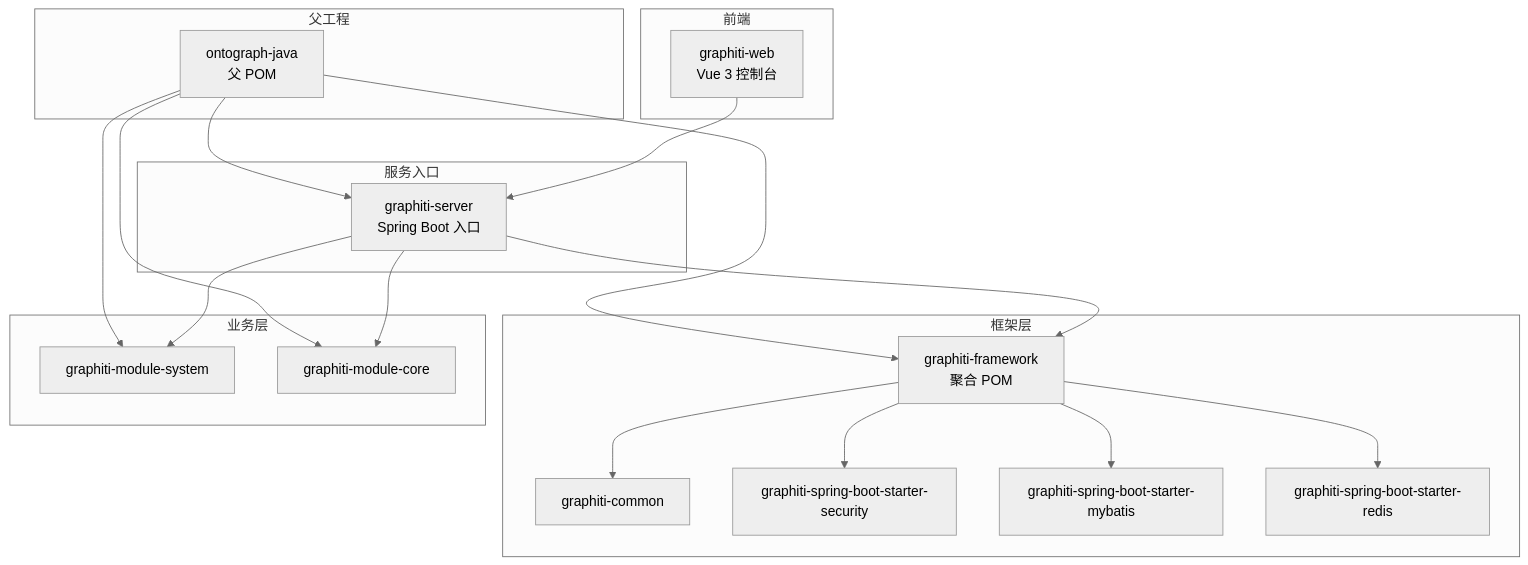
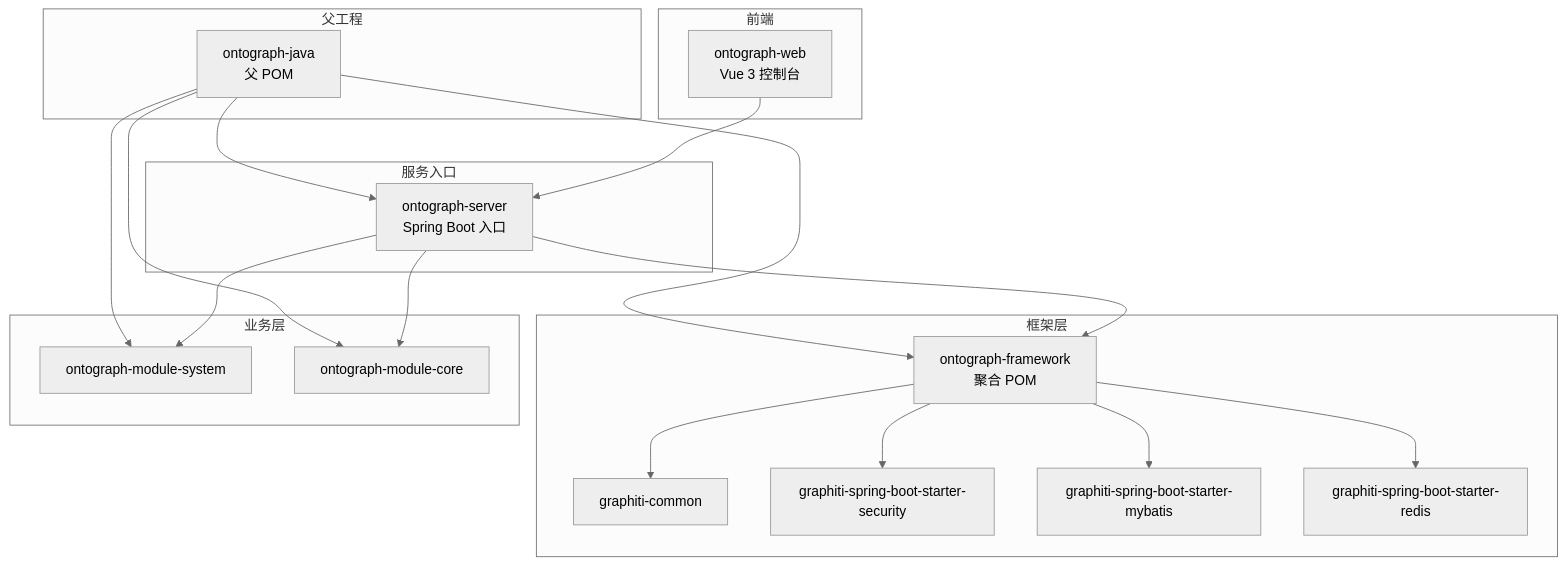
The first of 8 diagrams in docs/manual/架构设计/整体架构.md (joezxh/graphiti-java), drawn with Mermaid (neutral theme) before and after one commit. The commit also changed other lines of this file and 200 other files, not shown here.

````diff
--- a/docs/manual/架构设计/整体架构.md
+++ b/docs/manual/架构设计/整体架构.md
@@ -44,35 +44,35 @@
 ```mermaid
 graph TB
 subgraph "父工程"
 ROOT["ontograph-java<br/>父 POM"]
 end
 subgraph "框架层"
-FW["graphiti-framework<br/>聚合 POM"]
+FW["ontograph-framework<br/>聚合 POM"]
 COMMON["graphiti-common"]
 SEC["graphiti-spring-boot-starter-security"]
 MB["graphiti-spring-boot-starter-mybatis"]
 REDIS["graphiti-spring-boot-starter-redis"]
 end
 subgraph "业务层"
-SYS["graphiti-module-system"]
-CORE["graphiti-module-core"]
+SYS["ontograph-module-system"]
+CORE["ontograph-module-core"]
 end
 subgraph "服务入口"
-SERVER["graphiti-server<br/>Spring Boot 入口"]
+SERVER["ontograph-server<br/>Spring Boot 入口"]
 end
 subgraph "前端"
-WEB["graphiti-web<br/>Vue 3 控制台"]
+WEB["ontograph-web<br/>Vue 3 控制台"]
 end
 ROOT --> FW
 ROOT --> SYS
 ROOT --> CORE
 ROOT --> SERVER
 FW --> COMMON
 FW --> SEC
 FW --> MB
 FW --> REDIS
 SERVER --> CORE
 SERVER --> SYS
 SERVER --> FW
 WEB --> SERVER
 ```
````
